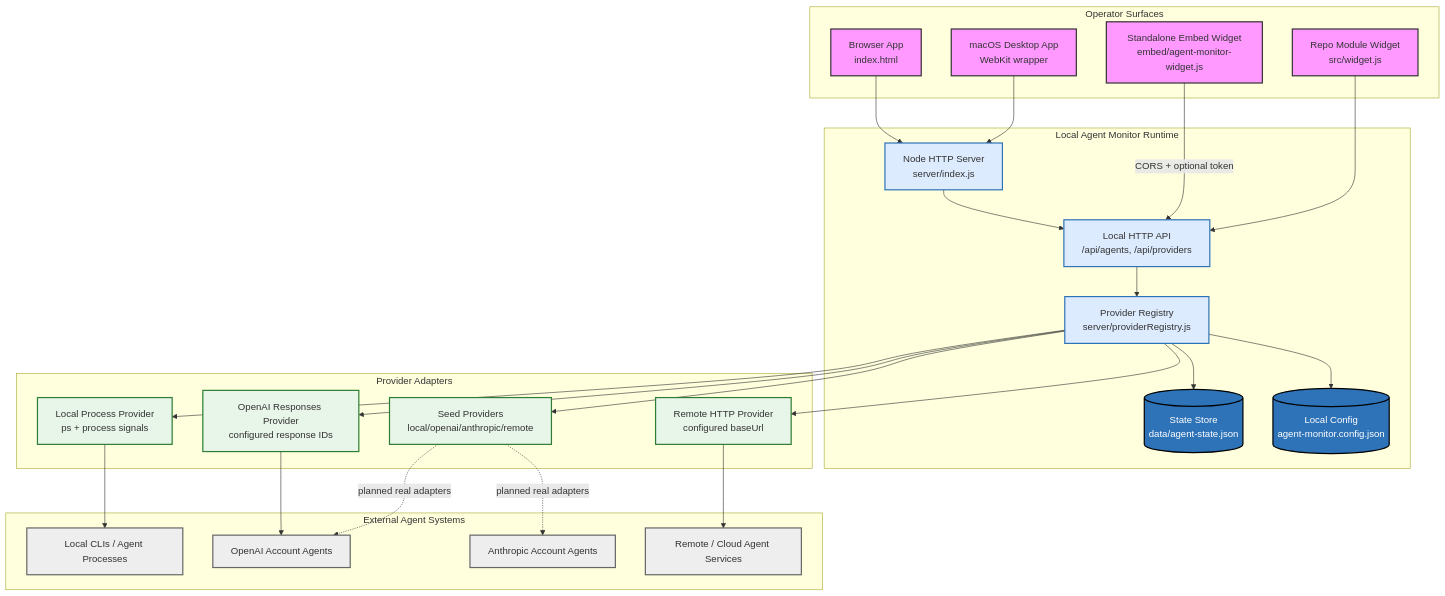
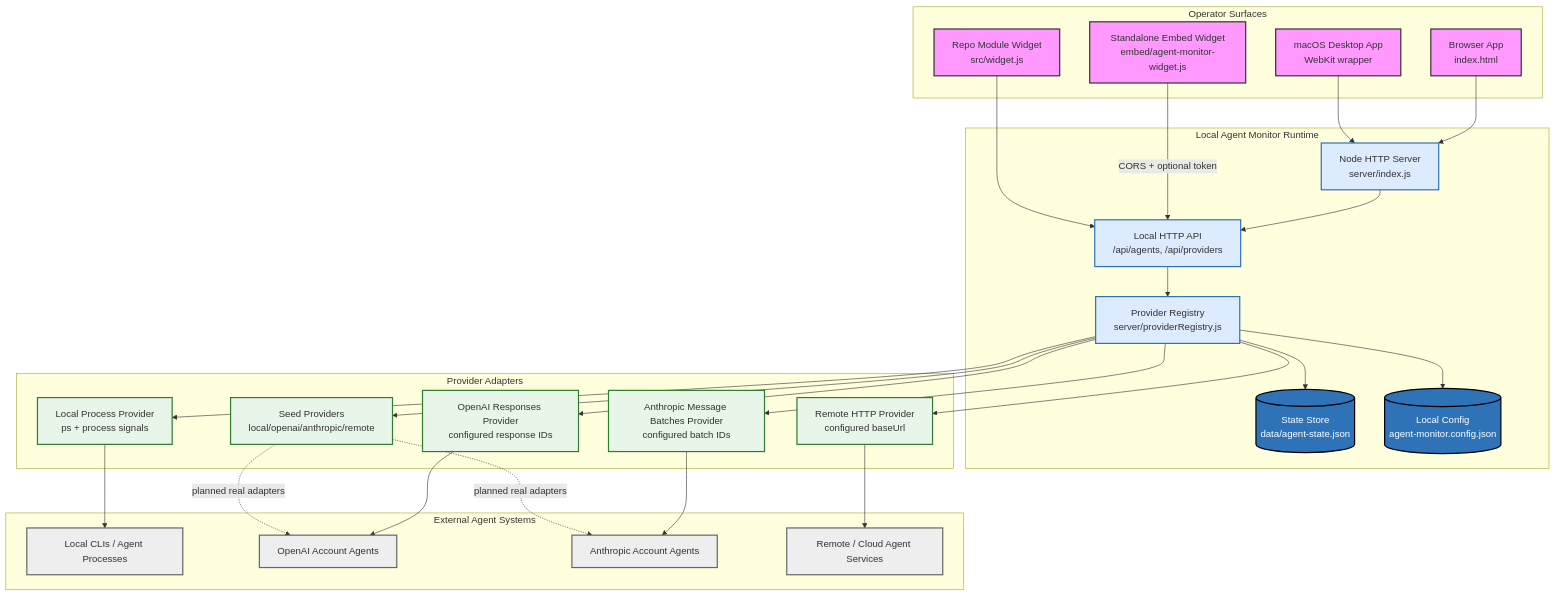
Before and after one commit to NTitterton/agent-monitor: the first of 3 diagrams in project_design.md, drawn with Mermaid. The commit also changed other lines of this file and 8 other files, not shown here.

Commit message:
Add Anthropic Message Batches provider

````diff
--- a/project_design.md
+++ b/project_design.md
@@ -7,60 +7,63 @@
 ```mermaid
 graph TD
     subgraph "Operator Surfaces"
         Desktop["macOS Desktop App<br/>WebKit wrapper"]
         Browser["Browser App<br/>index.html"]
         ModuleWidget["Repo Module Widget<br/>src/widget.js"]
         StandaloneWidget["Standalone Embed Widget<br/>embed/agent-monitor-widget.js"]
     end
 
     subgraph "Local Agent Monitor Runtime"
         StaticServer["Node HTTP Server<br/>server/index.js"]
         API["Local HTTP API<br/>/api/agents, /api/providers"]
         Registry["Provider Registry<br/>server/providerRegistry.js"]
         StateStore[("State Store<br/>data/agent-state.json")]
         Config[("Local Config<br/>agent-monitor.config.json")]
     end
 
     subgraph "Provider Adapters"
         SeedProviders["Seed Providers<br/>local/openai/anthropic/remote"]
         LocalProcess["Local Process Provider<br/>ps + process signals"]
         RemoteHTTP["Remote HTTP Provider<br/>configured baseUrl"]
         OpenAIResponses["OpenAI Responses Provider<br/>configured response IDs"]
+        AnthropicBatches["Anthropic Message Batches Provider<br/>configured batch IDs"]
     end
 
     subgraph "External Agent Systems"
         LocalAgents["Local CLIs / Agent Processes"]
         OpenAI["OpenAI Account Agents"]
         Anthropic["Anthropic Account Agents"]
         CloudAgents["Remote / Cloud Agent Services"]
     end
 
     Desktop --> StaticServer
     Browser --> StaticServer
     ModuleWidget --> API
     StandaloneWidget -- "CORS + optional token" --> API
     StaticServer --> API
     API --> Registry
     Registry --> StateStore
     Registry --> Config
     Registry --> SeedProviders
     Registry --> LocalProcess
     Registry --> RemoteHTTP
     Registry --> OpenAIResponses
+    Registry --> AnthropicBatches
     LocalProcess --> LocalAgents
     SeedProviders -. planned real adapters .-> OpenAI
     SeedProviders -. planned real adapters .-> Anthropic
     RemoteHTTP --> CloudAgents
     OpenAIResponses --> OpenAI
+    AnthropicBatches --> Anthropic
 
     classDef surface fill:#f9f,stroke:#333,stroke-width:2px;
     classDef runtime fill:#DDEBFF,stroke:#2E73B8,stroke-width:2px;
     classDef store fill:#2E73B8,stroke:#000,stroke-width:2px,color:#fff;
     classDef provider fill:#E8F5E9,stroke:#2E7D32,stroke-width:2px;
     classDef external fill:#EEE,stroke:#666,stroke-width:2px;
     class Desktop,Browser,ModuleWidget,StandaloneWidget surface;
     class StaticServer,API,Registry runtime;
     class StateStore,Config store;
-    class SeedProviders,LocalProcess,RemoteHTTP,OpenAIResponses provider;
+    class SeedProviders,LocalProcess,RemoteHTTP,OpenAIResponses,AnthropicBatches provider;
     class LocalAgents,OpenAI,Anthropic,CloudAgents external;
 ```
````
